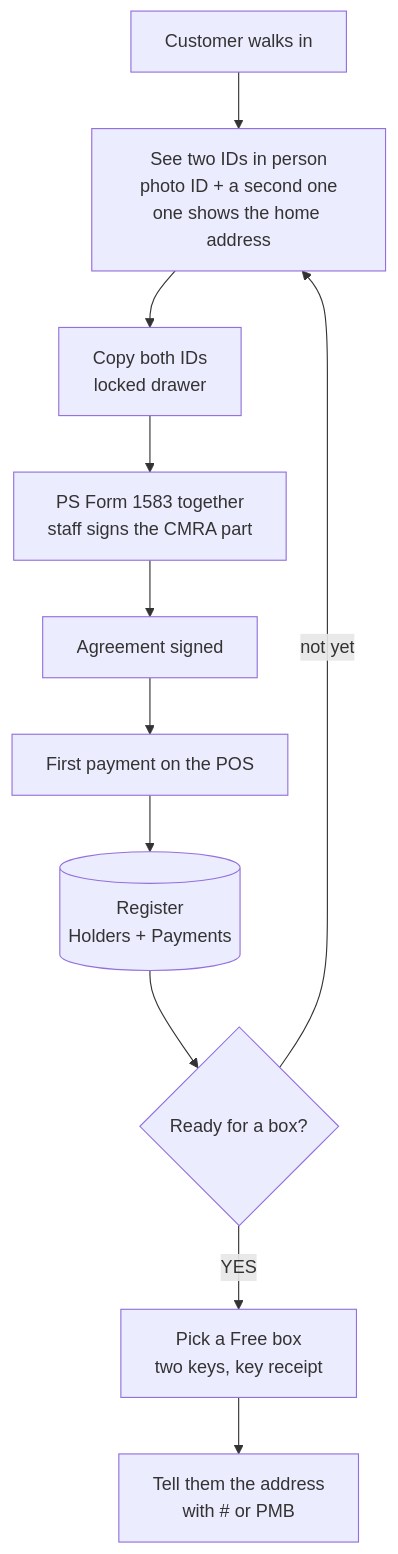
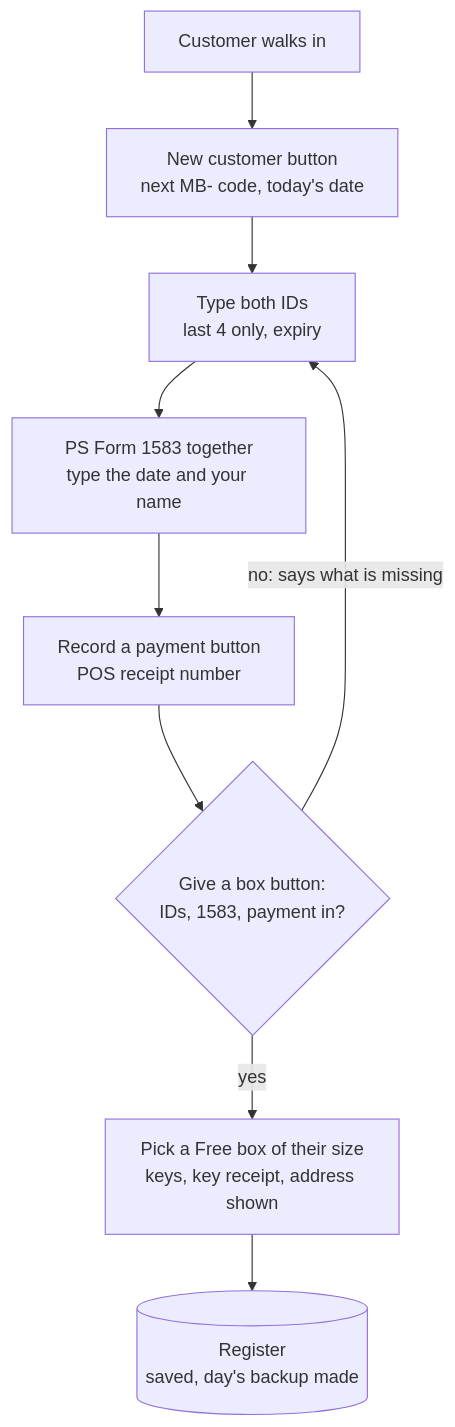
Before and after one commit to wbp318/goin-postal-forsythe: the diagram in physical-mailbox/README.md, drawn with Mermaid. The commit also changed other lines of this file and 12 other files, not shown here.

Commit message:
Mailbox register: LibreOffice .ods with a Counter tab of macro buttons, auto backup on save, built and tested by tools/; xlsx dropped; version 1.82.0

````diff
--- a/physical-mailbox/README.md
+++ b/physical-mailbox/README.md
@@ -28,13 +55,11 @@
 ```mermaid
 flowchart TD
-  W[Customer walks in] --> I[See two IDs in person<br>photo ID + a second one<br>one shows the home address]
-  I --> C[Copy both IDs<br>locked drawer]
-  C --> F[PS Form 1583 together<br>staff signs the CMRA part]
-  F --> A[Agreement signed]
-  A --> P[First payment on the POS]
-  P --> R[(Register<br>Holders + Payments)]
-  R --> Y{Ready for a box?}
-  Y -->|YES| B[Pick a Free box<br>two keys, key receipt]
-  Y -->|not yet| I
-  B --> D[Tell them the address<br>with # or PMB]
+  W[Customer walks in] --> N[New customer button<br>next MB- code, today's date]
+  N --> I[Type both IDs<br>last 4 only, expiry]
+  I --> F[PS Form 1583 together<br>type the date and your name]
+  F --> P[Record a payment button<br>POS receipt number]
+  P --> Y{Give a box button:<br>IDs, 1583, payment in?}
+  Y -->|yes| B[Pick a Free box of their size<br>keys, key receipt, address shown]
+  Y -->|no: says what is missing| I
+  B --> D[(Register<br>saved, day's backup made)]
 ```
````
